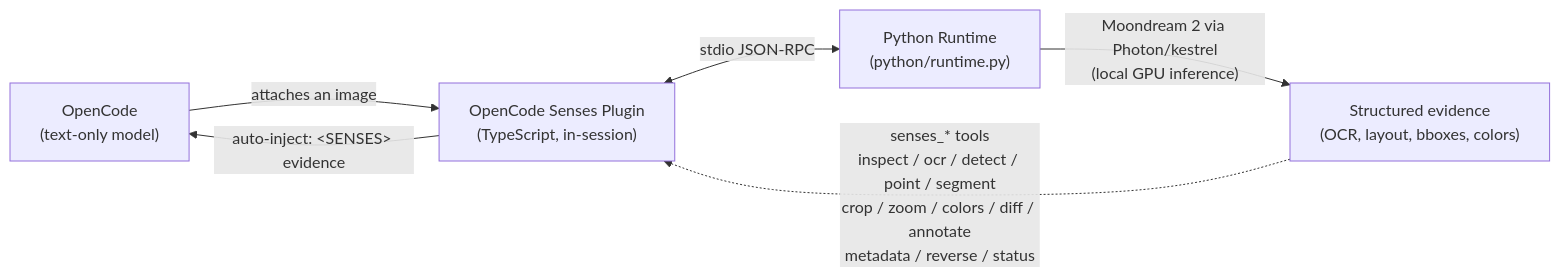
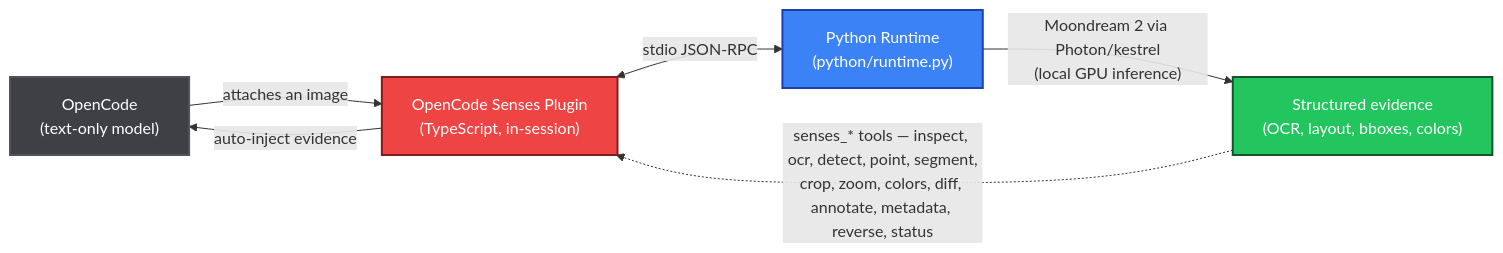
Before and after one commit to itsmeadarsh2008/opencode-senses: the diagram in README.md, drawn with Mermaid.

Commit message:
docs(readme): beautify mermaid diagram — monospace font, dark theme, colored boxes

````diff
--- a/README.md
+++ b/README.md
@@ -63,8 +63,21 @@
 ```mermaid
+%%{init: {"theme": "base", "themeVariables": {"fontFamily": "'JetBrains Mono', 'Fira Code', 'Cascadia Mono', Menlo, Consolas, monospace", "fontSize": "13px", "primaryColor": "#111111", "primaryTextColor": "#ffffff", "primaryBorderColor": "#333333", "lineColor": "#6b6b6b", "textColor": "#e5e5e5", "edgeLabelBackground": "#111111", "clusterBkg": "#111111", "clusterBorder": "#333333"}}}%%
 flowchart LR
-    A["OpenCode<br/>(text-only model)"] -->|"attaches an image"| B["OpenCode Senses Plugin<br/>(TypeScript, in-session)"]
-    B -->|"auto-inject: &lt;SENSES&gt; evidence"| A
-    B <-->|"stdio JSON-RPC"| C["Python Runtime<br/>(python/runtime.py)"]
-    C -->|"Moondream 2 via Photon/kestrel<br/>(local GPU inference)"| D["Structured evidence<br/>(OCR, layout, bboxes, colors)"]
-    D -.->|"senses_* tools<br/>inspect / ocr / detect / point / segment<br/>crop / zoom / colors / diff / annotate<br/>metadata / reverse / status"| B
+    A["OpenCode<br/>(text-only model)"]
+    B["OpenCode Senses Plugin<br/>(TypeScript, in-session)"]
+    C["Python Runtime<br/>(python/runtime.py)"]
+    D["Structured evidence<br/>(OCR, layout, bboxes, colors)"]
+    A -->|"attaches an image"| B
+    B -->|"auto-inject evidence"| A
+    B <-->|"stdio JSON-RPC"| C
+    C -->|"Moondream 2 via Photon/kestrel<br/>(local GPU inference)"| D
+    D -.->|"senses_* tools &mdash; inspect, ocr, detect, point, segment,<br/>crop, zoom, colors, diff, annotate, metadata, reverse, status"| B
+    classDef opencode fill:#3f3f46,stroke:#52525b,stroke-width:2px,color:#ffffff
+    classDef plugin fill:#ef4444,stroke:#7f1d1d,stroke-width:2px,color:#ffffff
+    classDef runtime fill:#3b82f6,stroke:#1e40af,stroke-width:2px,color:#ffffff
+    classDef evidence fill:#22c55e,stroke:#14532d,stroke-width:2px,color:#ffffff
+    class A opencode
+    class B plugin
+    class C runtime
+    class D evidence
 ```
````
